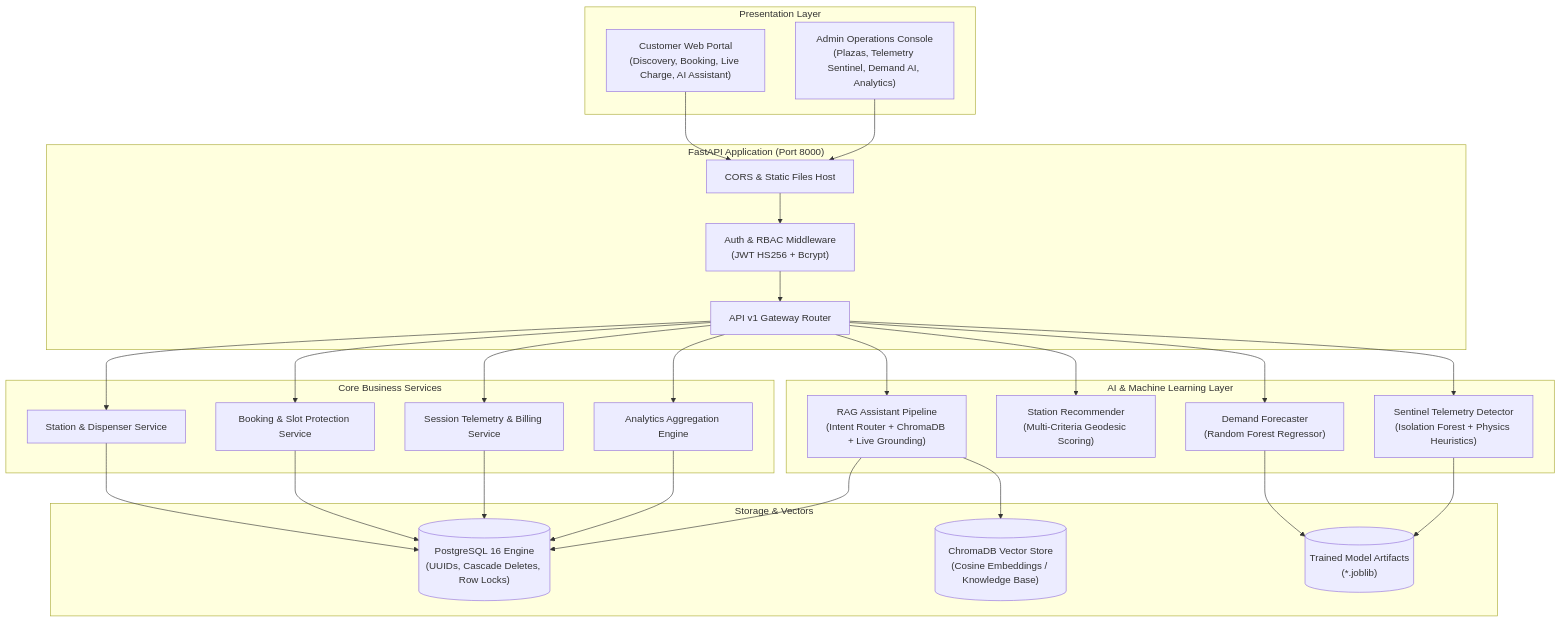
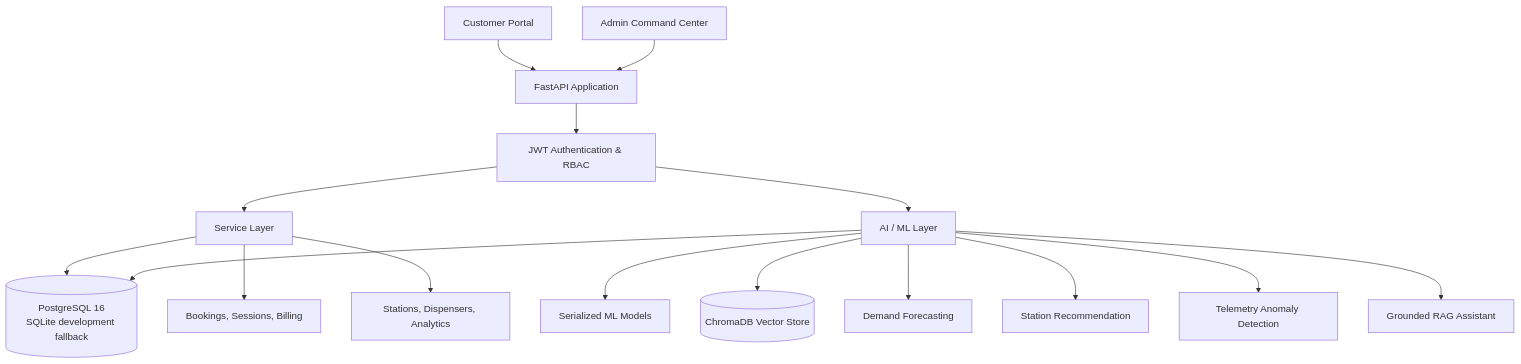
One commit to nitesh-2003/AI-Powered-EV-Charging-Station-Management-System changed the diagram in README.md. Above: the diagram before and after it, drawn with Mermaid. The commit also changed other lines of this file and 9 other files, not shown here.

````diff
--- a/README.md
+++ b/README.md
@@ -41,56 +194,21 @@
-```mermaid
-graph TB
-    subgraph Clients["Presentation Layer"]
-        CP["Customer Web Portal<br/>(Discovery, Booking, Live Charge, AI Assistant)"]
-        AD["Admin Operations Console<br/>(Plazas, Telemetry Sentinel, Demand AI, Analytics)"]
-    end
+``` mermaid
+flowchart TB
+    U["Customer Portal"] --> API["FastAPI Application"]
+    A["Admin Command Center"] --> API
 
-    subgraph Gateway["FastAPI Application (Port 8000)"]
-        AUTH["Auth & RBAC Middleware<br/>(JWT HS256 + Bcrypt)"]
-        CORS["CORS & Static Files Host"]
-        API_ROUTER["API v1 Gateway Router"]
-    end
+    API --> AUTH["JWT Authentication & RBAC"]
+    AUTH --> SVC["Service Layer"]
+    AUTH --> AI["AI / ML Layer"]
 
-    subgraph Services["Core Business Services"]
-        ST_SVC["Station & Dispenser Service"]
-        BK_SVC["Booking & Slot Protection Service"]
-        SS_SVC["Session Telemetry & Billing Service"]
-        AN_SVC["Analytics Aggregation Engine"]
-    end
+    SVC --> DB[("PostgreSQL 16<br/>SQLite development fallback")]
+    AI --> DB
+    AI --> ML["Serialized ML Models"]
+    AI --> VDB[("ChromaDB Vector Store")]
 
-    subgraph AI_Engines["AI & Machine Learning Layer"]
-        DEMAND["Demand Forecaster<br/>(Random Forest Regressor)"]
-        RECOMMEND["Station Recommender<br/>(Multi-Criteria Geodesic Scoring)"]
-        ANOMALY["Sentinel Telemetry Detector<br/>(Isolation Forest + Physics Heuristics)"]
-        RAG["RAG Assistant Pipeline<br/>(Intent Router + ChromaDB + Live Grounding)"]
-    end
-
-    subgraph Persistence["Storage & Vectors"]
-        PG[("PostgreSQL 16 Engine<br/>(UUIDs, Cascade Deletes, Row Locks)")]
-        CHROMA[("ChromaDB Vector Store<br/>(Cosine Embeddings / Knowledge Base)")]
-        MODELS[("Trained Model Artifacts<br/>(*.joblib)")]
-    end
-
-    CP --> CORS
-    AD --> CORS
-    CORS --> AUTH
-    AUTH --> API_ROUTER
-
-    API_ROUTER --> ST_SVC
-    API_ROUTER --> BK_SVC
-    API_ROUTER --> SS_SVC
-    API_ROUTER --> AN_SVC
-    API_ROUTER --> DEMAND
-    API_ROUTER --> RECOMMEND
-    API_ROUTER --> ANOMALY
-    API_ROUTER --> RAG
-
-    ST_SVC --> PG
-    BK_SVC --> PG
-    SS_SVC --> PG
-    AN_SVC --> PG
-    DEMAND --> MODELS
-    ANOMALY --> MODELS
-    RAG --> CHROMA
-    RAG --> PG
+    SVC --> B["Bookings, Sessions, Billing"]
+    SVC --> OPS["Stations, Dispensers, Analytics"]
+    AI --> P["Demand Forecasting"]
+    AI --> R["Station Recommendation"]
+    AI --> D["Telemetry Anomaly Detection"]
+    AI --> CHAT["Grounded RAG Assistant"]
 ```
````
